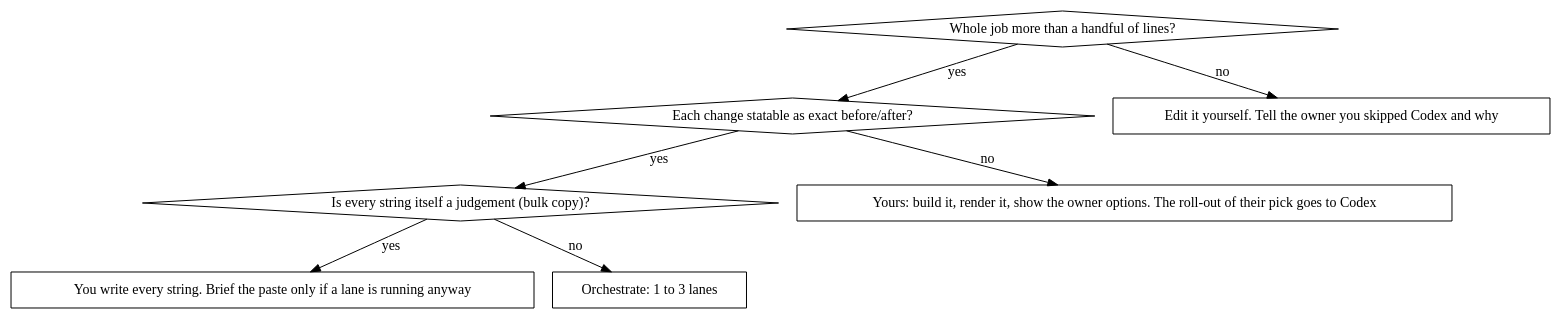
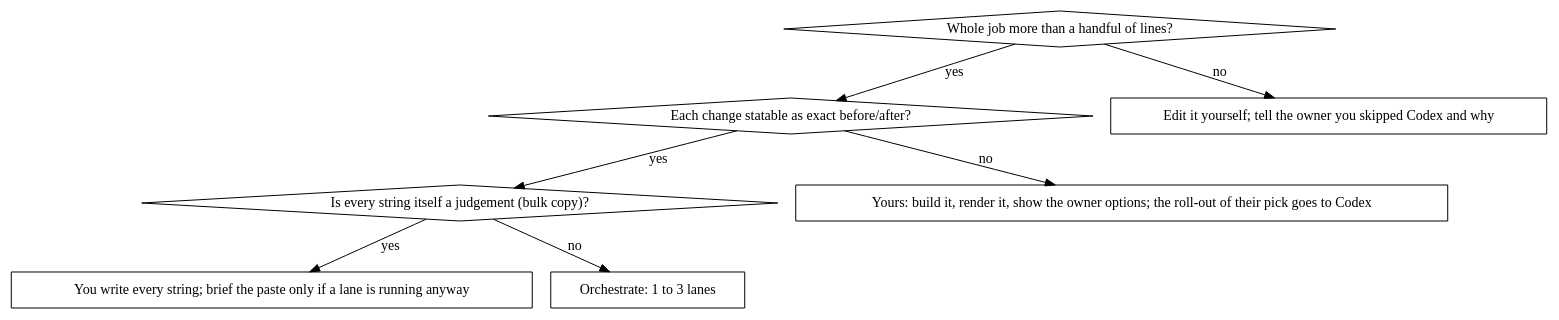
Before and after one commit to harshkkamdar/skills: the diagram in skills/orchestrating-codex/SKILL.md, drawn with Graphviz. The commit also changed other lines of this file and 5 other files, not shown here.

````diff
--- a/skills/orchestrating-codex/SKILL.md
+++ b/skills/orchestrating-codex/SKILL.md
@@ -16,18 +16,18 @@
 ```dot
 digraph when {
   "Whole job more than a handful of lines?" [shape=diamond];
   "Each change statable as exact before/after?" [shape=diamond];
   "Is every string itself a judgement (bulk copy)?" [shape=diamond];
-  "Edit it yourself. Tell the owner you skipped Codex and why" [shape=box];
-  "Yours: build it, render it, show the owner options. The roll-out of their pick goes to Codex" [shape=box];
-  "You write every string. Brief the paste only if a lane is running anyway" [shape=box];
+  "Edit it yourself; tell the owner you skipped Codex and why" [shape=box];
+  "Yours: build it, render it, show the owner options; the roll-out of their pick goes to Codex" [shape=box];
+  "You write every string; brief the paste only if a lane is running anyway" [shape=box];
   "Orchestrate: 1 to 3 lanes" [shape=box];
 
-  "Whole job more than a handful of lines?" -> "Edit it yourself. Tell the owner you skipped Codex and why" [label="no"];
+  "Whole job more than a handful of lines?" -> "Edit it yourself; tell the owner you skipped Codex and why" [label="no"];
   "Whole job more than a handful of lines?" -> "Each change statable as exact before/after?" [label="yes"];
-  "Each change statable as exact before/after?" -> "Yours: build it, render it, show the owner options. The roll-out of their pick goes to Codex" [label="no"];
+  "Each change statable as exact before/after?" -> "Yours: build it, render it, show the owner options; the roll-out of their pick goes to Codex" [label="no"];
   "Each change statable as exact before/after?" -> "Is every string itself a judgement (bulk copy)?" [label="yes"];
-  "Is every string itself a judgement (bulk copy)?" -> "You write every string. Brief the paste only if a lane is running anyway" [label="yes"];
+  "Is every string itself a judgement (bulk copy)?" -> "You write every string; brief the paste only if a lane is running anyway" [label="yes"];
   "Is every string itself a judgement (bulk copy)?" -> "Orchestrate: 1 to 3 lanes" [label="no"];
 }
 ```
````
